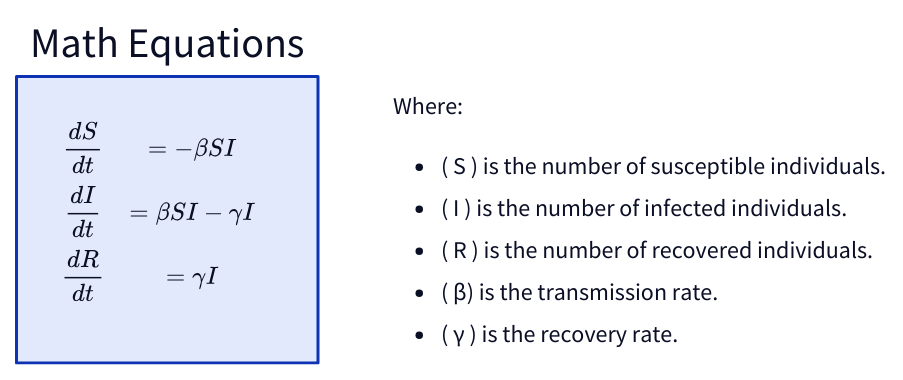
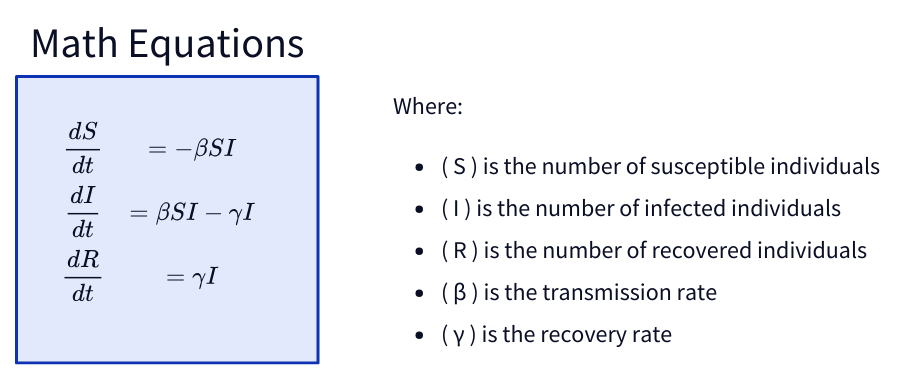
Before and after one commit to shashankpritam/shashankpritam.github.io: the diagram in content/blog/simplicity/equation.d2, drawn with D2. The commit also changed 10 other files, not shown here.

```diff
--- a/content/blog/simplicity/equation.d2
+++ b/content/blog/simplicity/equation.d2
@@ -1,20 +1,20 @@
 Math Equations: {
   equation: |tex
     \\displaylines{
       \\frac{dS}{dt} & = -\\beta S I \\\\
       \\frac{dI}{dt} & = \\beta S I - \\gamma I \\\\
       \\frac{dR}{dt} & = \\gamma I
     }
       
   |
 }
 
 explanation: |md
 
   Where:
-  - \( S \) is the number of susceptible individuals.
-  - \( I \) is the number of infected individuals.
-  - \( R \) is the number of recovered individuals.
-  - \( β) is the transmission rate.
-  - \( γ ) is the recovery rate.
+  - \( S \) is the number of susceptible individuals
+  - \( I \) is the number of infected individuals
+  - \( R \) is the number of recovered individuals
+  - \( β ) is the transmission rate
+  - \( γ ) is the recovery rate
 |
```
